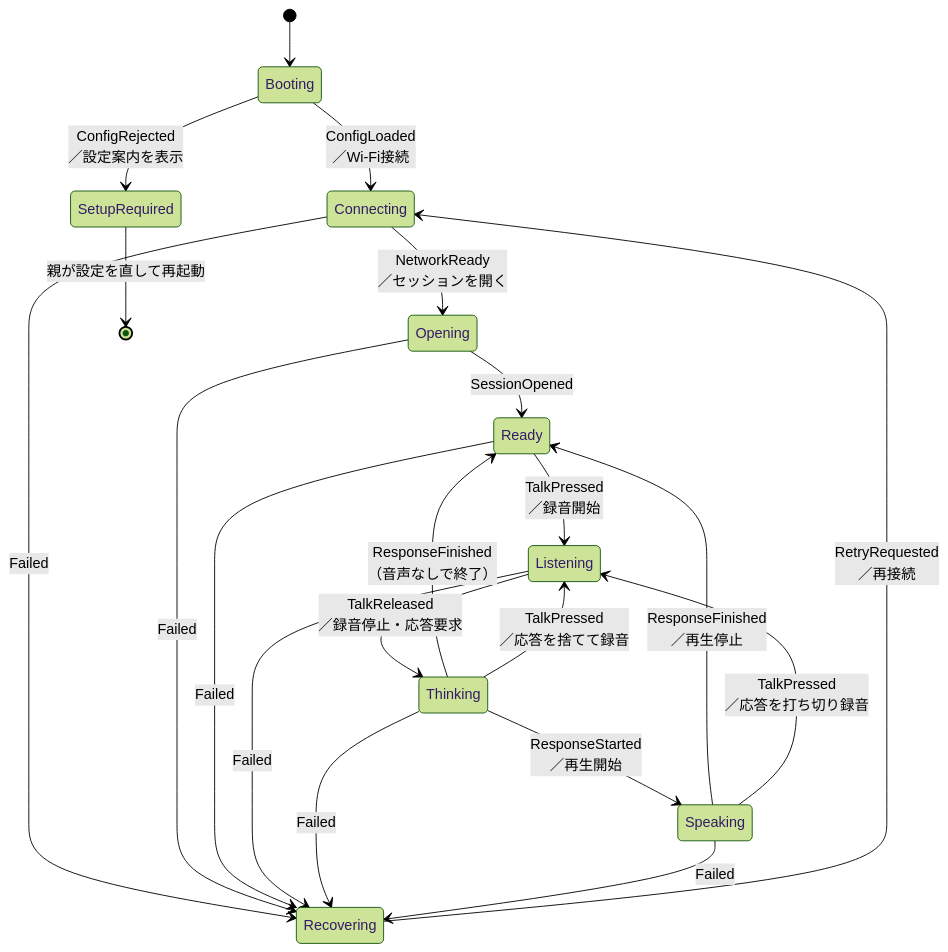
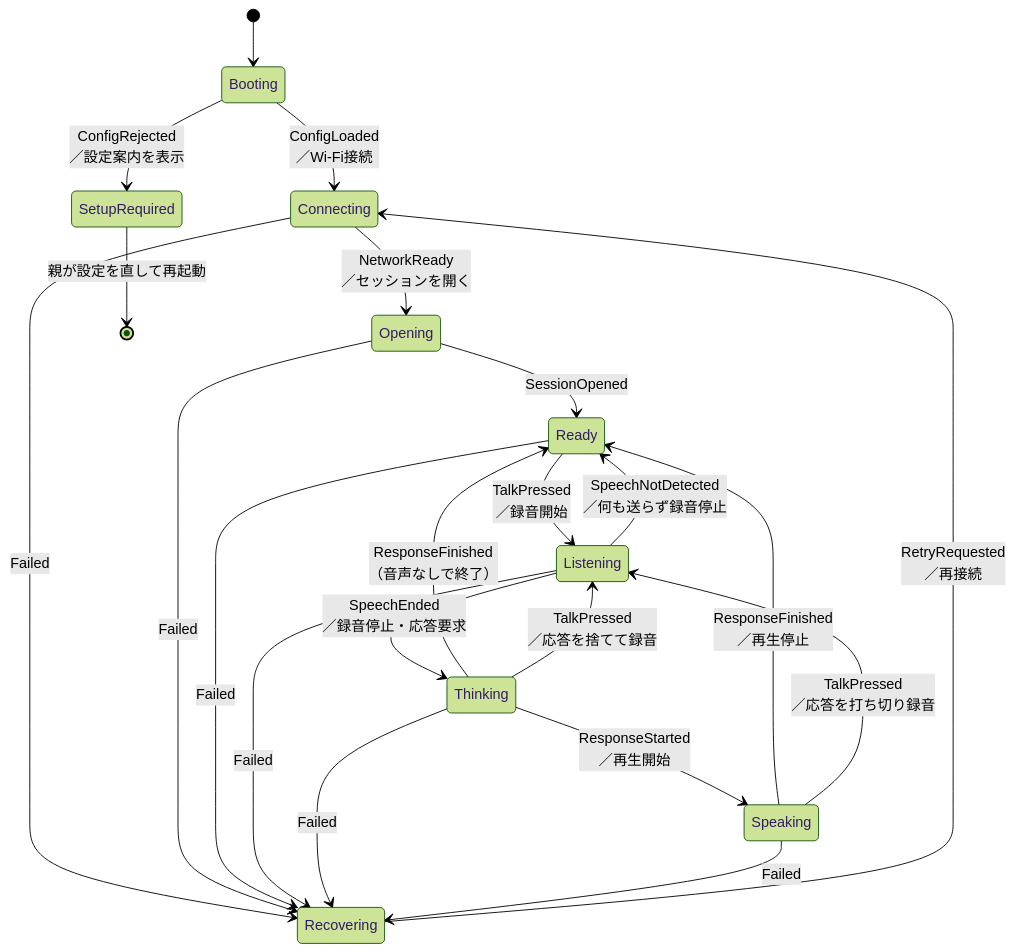
Before and after one commit to kibou-vision/m5a: the diagram in docs/design/state.md, drawn with Mermaid (forest theme). The commit also changed other lines of this file and 8 other files, not shown here.

````diff
--- a/docs/design/state.md
+++ b/docs/design/state.md
@@ -8,30 +8,31 @@
 ```mermaid
 stateDiagram-v2
   [*] --> Booting
 
   Booting --> SetupRequired : ConfigRejected<br/>／設定案内を表示
   Booting --> Connecting : ConfigLoaded<br/>／Wi-Fi接続
 
   Connecting --> Opening : NetworkReady<br/>／セッションを開く
   Opening --> Ready : SessionOpened
 
   Ready --> Listening : TalkPressed<br/>／録音開始
-  Listening --> Thinking : TalkReleased<br/>／録音停止・応答要求
+  Listening --> Thinking : SpeechEnded<br/>／録音停止・応答要求
+  Listening --> Ready : SpeechNotDetected<br/>／何も送らず録音停止
   Thinking --> Speaking : ResponseStarted<br/>／再生開始
   Thinking --> Ready : ResponseFinished<br/>（音声なしで終了）
   Speaking --> Ready : ResponseFinished<br/>／再生停止
 
   Speaking --> Listening : TalkPressed<br/>／応答を打ち切り録音
   Thinking --> Listening : TalkPressed<br/>／応答を捨てて録音
 
   Connecting --> Recovering : Failed
   Opening --> Recovering : Failed
   Ready --> Recovering : Failed
   Listening --> Recovering : Failed
   Thinking --> Recovering : Failed
   Speaking --> Recovering : Failed
 
   Recovering --> Connecting : RetryRequested<br/>／再接続
 
   SetupRequired --> [*] : 親が設定を直して再起動
 ```
````
